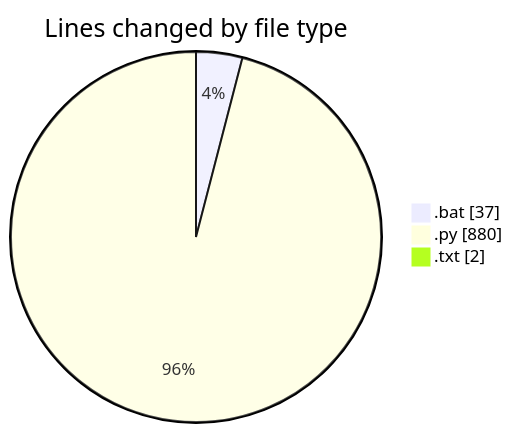
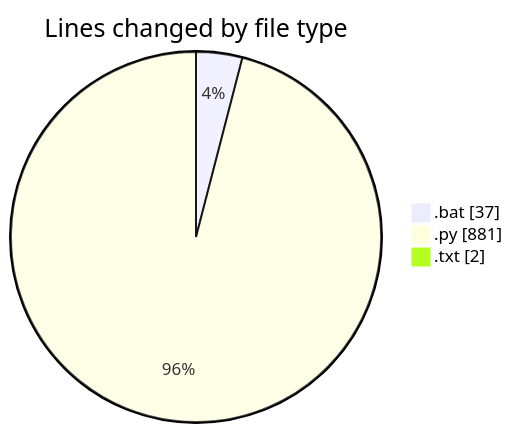
Before and after one commit to FelipKnott/code-tracking: the first of 2 diagrams in 2025-07-04/cursor/README.md, drawn with Mermaid. The commit also changed other lines of this file and 1 other file, not shown here.

````diff
--- a/2025-07-04/cursor/README.md
+++ b/2025-07-04/cursor/README.md
@@ -35,7 +35,7 @@
 ```mermaid
 pie showData
 title Lines changed by file type
 ".bat" : 37
-".py" : 880
+".py" : 881
 ".txt" : 2
 ```
````
